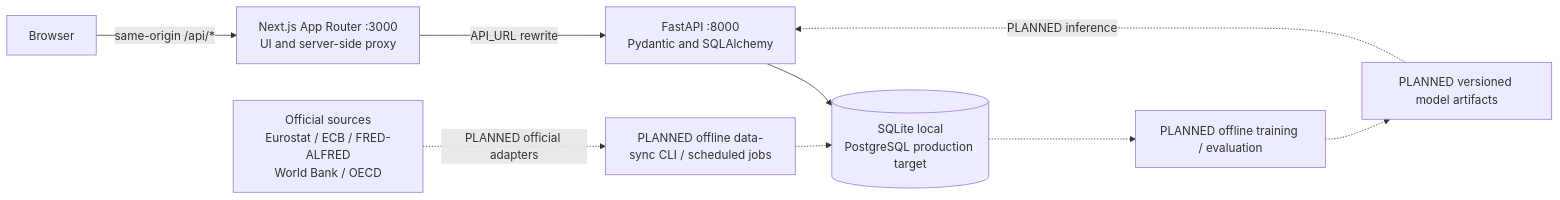
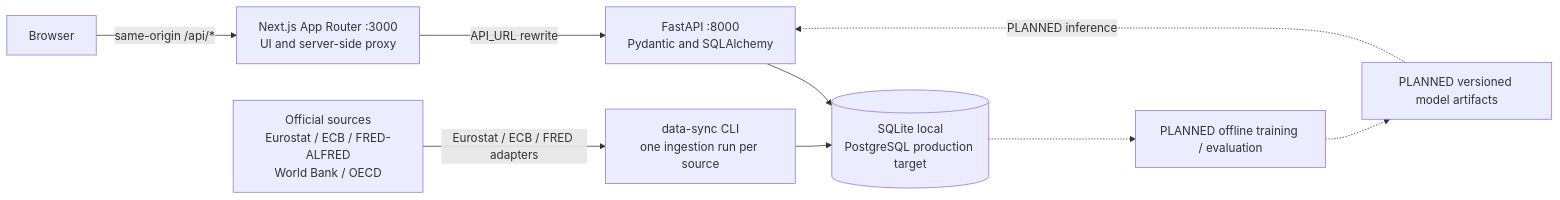
The first of 3 diagrams in docs/ARCHITECTURE.md (tabwwwq/MacroPulseAI), drawn with Mermaid before and after one commit. The commit also changed other lines of this file and 62 other files, not shown here.

````diff
--- a/docs/ARCHITECTURE.md
+++ b/docs/ARCHITECTURE.md
@@ -11,12 +11,13 @@
 ```mermaid
 flowchart LR
   B[Browser] -->|same-origin /api/*| W[Next.js App Router :3000\nUI and server-side proxy]
   W -->|API_URL rewrite| A[FastAPI :8000\nPydantic and SQLAlchemy]
   A --> D[(SQLite local\nPostgreSQL production target)]
   S[Official sources\nEurostat / ECB / FRED-ALFRED\nWorld Bank / OECD]
-  S -.->|PLANNED official adapters| J[PLANNED offline data-sync CLI / scheduled jobs]
-  J -.-> D
+  S -->|Eurostat / ECB / FRED adapters| J[data-sync CLI
+one ingestion run per source]
+  J --> D
   D -.-> T[PLANNED offline training / evaluation]
   T -.-> M[PLANNED versioned model artifacts]
   M -.->|PLANNED inference| A
 ```
````
